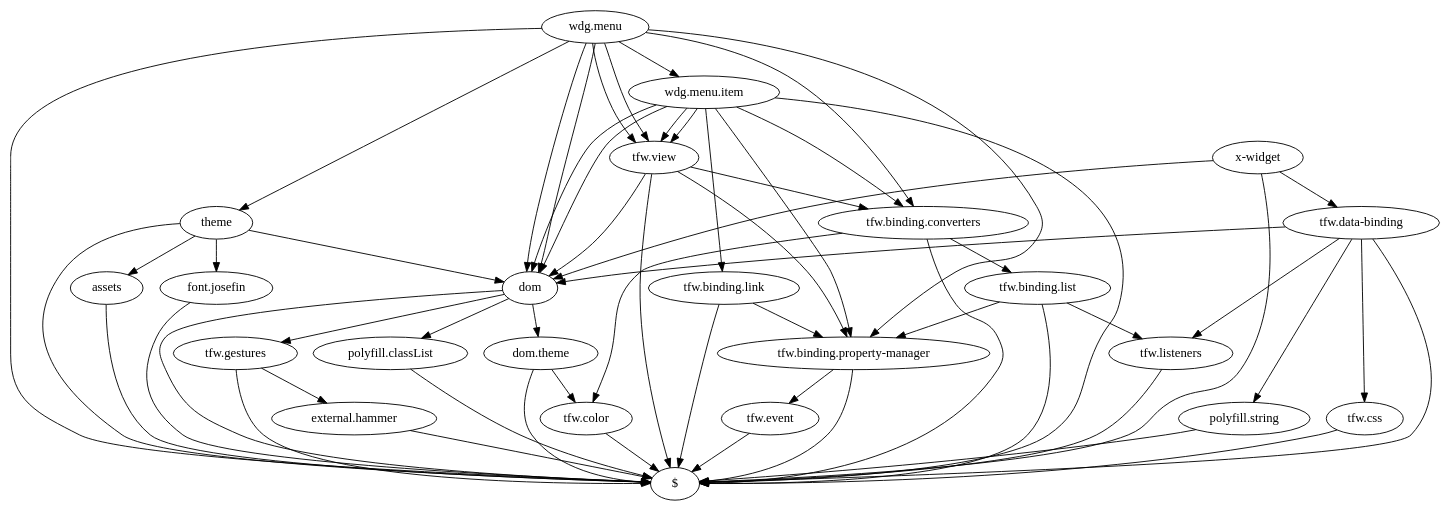
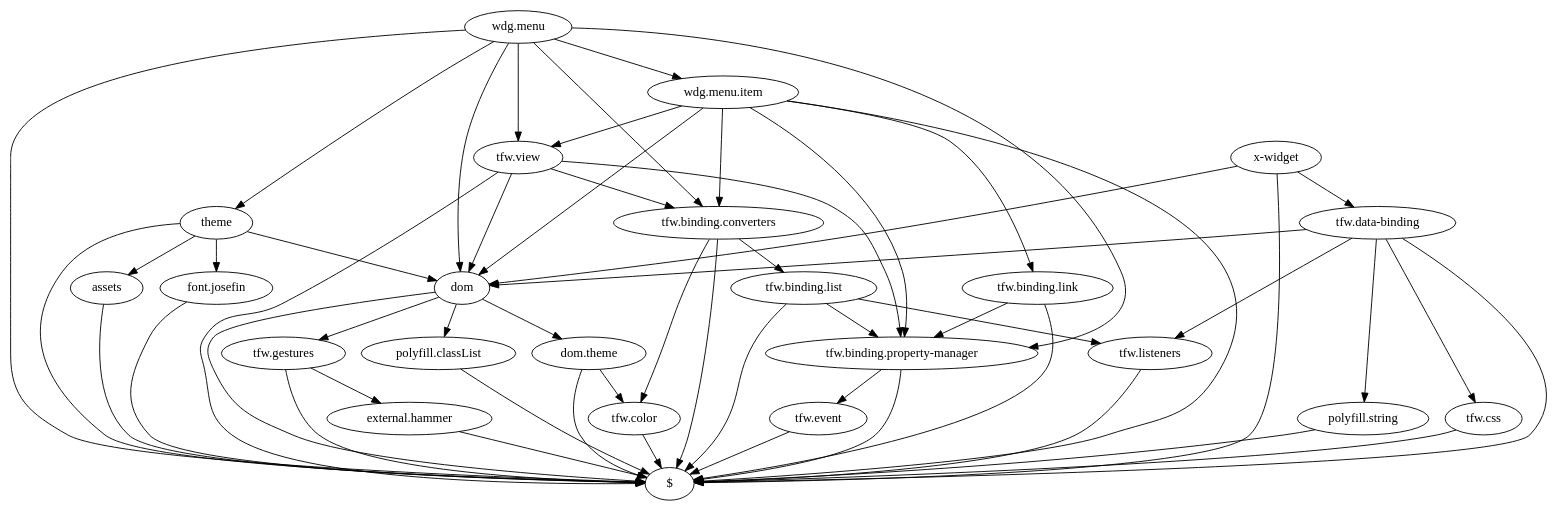
One commit to tolokoban/webgl-experiments changed the diagram in doc/index.html.dot. Above: the diagram before and after it, drawn with Graphviz. The commit also changed 2 other files, not shown here.

```diff
--- a/doc/index.html.dot
+++ b/doc/index.html.dot
@@ -1,101 +1,93 @@
 digraph dependencies {
     "wdg.menu" -> "$"
 
     "wdg.menu" -> "theme"
 
     "wdg.menu" -> "dom"
 
     "wdg.menu" -> "wdg.menu.item"
 
-    "wdg.menu" -> "dom"
-
     "wdg.menu" -> "tfw.binding.property-manager"
-
-    "wdg.menu" -> "tfw.view"
 
     "wdg.menu" -> "tfw.view"
 
     "wdg.menu" -> "tfw.binding.converters"
     "tfw.binding.converters" -> "$"
 
     "tfw.binding.converters" -> "tfw.binding.list"
 
     "tfw.binding.converters" -> "tfw.color"
     "tfw.color" -> "$"
     "tfw.binding.list" -> "$"
 
     "tfw.binding.list" -> "tfw.binding.property-manager"
 
     "tfw.binding.list" -> "tfw.listeners"
     "tfw.listeners" -> "$"
     "tfw.binding.property-manager" -> "$"
 
     "tfw.binding.property-manager" -> "tfw.event"
     "tfw.event" -> "$"
     "tfw.view" -> "$"
 
     "tfw.view" -> "dom"
 
     "tfw.view" -> "tfw.binding.property-manager"
 
     "tfw.view" -> "tfw.binding.converters"
     "dom" -> "$"
 
     "dom" -> "polyfill.classList"
 
     "dom" -> "dom.theme"
 
     "dom" -> "tfw.gestures"
     "tfw.gestures" -> "$"
 
     "tfw.gestures" -> "external.hammer"
     "external.hammer" -> "$"
     "dom.theme" -> "$"
 
     "dom.theme" -> "tfw.color"
     "polyfill.classList" -> "$"
     "wdg.menu.item" -> "$"
 
     "wdg.menu.item" -> "dom"
 
-    "wdg.menu.item" -> "dom"
-
     "wdg.menu.item" -> "tfw.binding.property-manager"
 
     "wdg.menu.item" -> "tfw.view"
 
     "wdg.menu.item" -> "tfw.binding.link"
-
-    "wdg.menu.item" -> "tfw.view"
 
     "wdg.menu.item" -> "tfw.binding.converters"
     "tfw.binding.link" -> "$"
 
     "tfw.binding.link" -> "tfw.binding.property-manager"
     "theme" -> "$"
 
     "theme" -> "assets"
 
     "theme" -> "font.josefin"
 
     "theme" -> "dom"
     "font.josefin" -> "$"
     "assets" -> "$"
     "x-widget" -> "$"
 
     "x-widget" -> "dom"
 
     "x-widget" -> "tfw.data-binding"
     "tfw.data-binding" -> "$"
 
     "tfw.data-binding" -> "polyfill.string"
 
     "tfw.data-binding" -> "dom"
 
     "tfw.data-binding" -> "tfw.css"
 
     "tfw.data-binding" -> "tfw.listeners"
     "tfw.css" -> "$"
     "polyfill.string" -> "$"
 
 }
```
